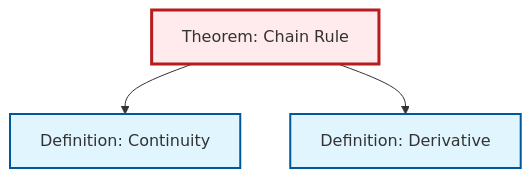
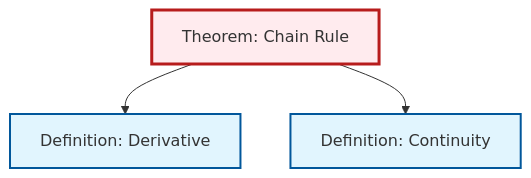
Before and after one commit to RK0429/ModernMath: the second of 2 diagrams in content/ja/analysis/thm-chain-rule.qmd, drawn with Mermaid. The commit also changed other lines of this file and 581 other files, not shown here.

````diff
--- a/content/ja/analysis/thm-chain-rule.qmd
+++ b/content/ja/analysis/thm-chain-rule.qmd
@@ -90,17 +90,17 @@
 ```{mermaid}
 %%| fig-cap: "Local dependency graph"
 graph TD
     classDef definition fill:#e1f5fe,stroke:#01579b,stroke-width:2px
     classDef theorem fill:#f3e5f5,stroke:#4a148c,stroke-width:2px
     classDef axiom fill:#fff3e0,stroke:#e65100,stroke-width:2px
     classDef example fill:#e8f5e9,stroke:#1b5e20,stroke-width:2px
     classDef current fill:#ffebee,stroke:#b71c1c,stroke-width:3px
+    def-derivative["Definition: Derivative"]:::definition
     thm-chain-rule["Theorem: Chain Rule"]:::theorem
-    def-derivative["Definition: Derivative"]:::definition
     def-continuity["Definition: Continuity"]:::definition
+    thm-chain-rule --> def-derivative
     thm-chain-rule --> def-continuity
-    thm-chain-rule --> def-derivative
     class thm-chain-rule current
     click def-derivative "def-derivative.html" "Definition: Derivativeへ"
     click def-continuity "def-continuity.html" "Definition: Continuityへ"
 ```
````
